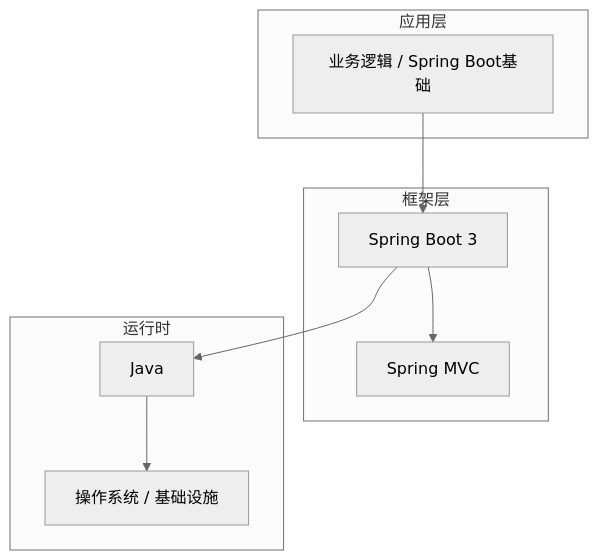
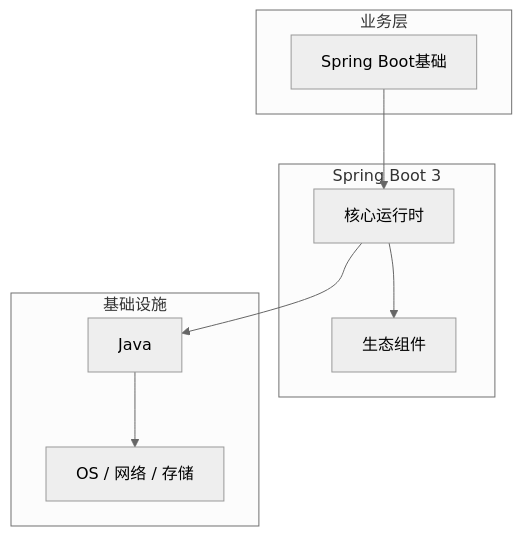
One commit to yanggan2015/knowledge-json-v2 changed the diagram in articles/Spring Boot/chapters/001-Spring-Boot基础核心概念与原理.md. Above: the diagram before and after it, drawn with Mermaid (neutral theme). The commit also changed other lines of this file and 10127 other files, not shown here.

````diff
--- a/articles/Spring Boot/chapters/001-Spring-Boot基础核心概念与原理.md
+++ b/articles/Spring Boot/chapters/001-Spring-Boot基础核心概念与原理.md
@@ -45,18 +34,18 @@
 ```mermaid
 graph TB
-    subgraph 应用层
-        A[业务逻辑 / Spring Boot基础]
+    subgraph 业务层
+        A[Spring Boot基础]
     end
-    subgraph 框架层
-        B[Spring Boot 3]
-        C[Spring MVC]
+    subgraph Spring Boot 3
+        B[核心运行时]
+        C[生态组件]
     end
-    subgraph 运行时
+    subgraph 基础设施
         D[Java]
-        E[操作系统 / 基础设施]
+        E[OS / 网络 / 存储]
     end
     A --> B
     B --> C
     B --> D
     D --> E
 ```
````
